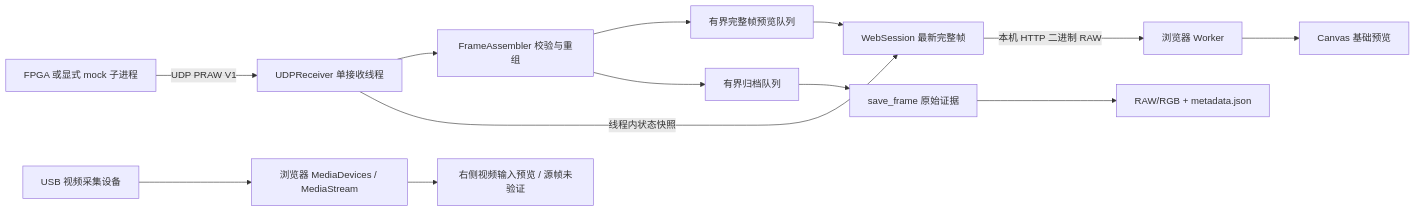
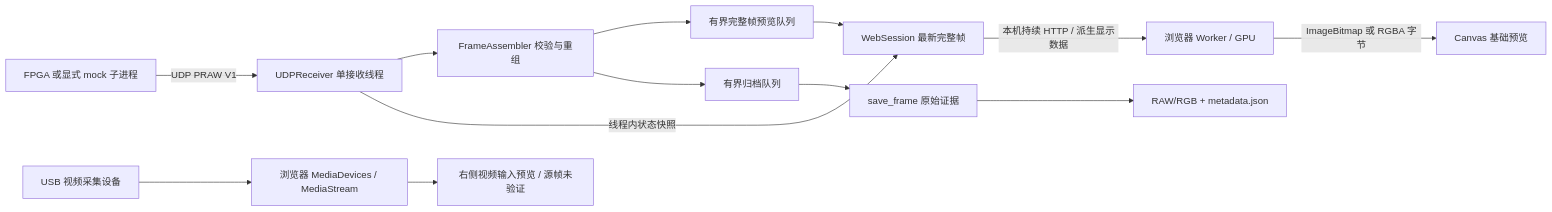
Before and after one commit to CaiVegetable0932/26-FPGA-Pango: the diagram in host/docs/Web界面与核心接入说明.md, drawn with Mermaid. The commit also changed other lines of this file and 114 other files, not shown here.

```diff
--- a/host/docs/Web界面与核心接入说明.md
+++ b/host/docs/Web界面与核心接入说明.md
@@ -53,15 +63,15 @@
 ~~~mermaid
 flowchart LR
     A[FPGA 或显式 mock 子进程] -->|UDP PRAW V1| B[UDPReceiver 单接收线程]
     B --> C[FrameAssembler 校验与重组]
     C --> D[有界完整帧预览队列]
     C --> E[有界归档队列]
     D --> F[WebSession 最新完整帧]
     E --> G[save_frame 原始证据]
     B -->|线程内状态快照| F
-    F -->|本机 HTTP 二进制 RAW| H[浏览器 Worker]
-    H --> I[Canvas 基础预览]
+    F -->|本机持续 HTTP / 派生显示数据| H[浏览器 Worker / GPU]
+    H -->|ImageBitmap 或 RGBA 字节| I[Canvas 基础预览]
     G --> J[RAW/RGB + metadata.json]
     K[USB 视频采集设备] --> L[浏览器 MediaDevices / MediaStream]
     L --> M[右侧视频输入预览 / 源帧未验证]
 ~~~
```
